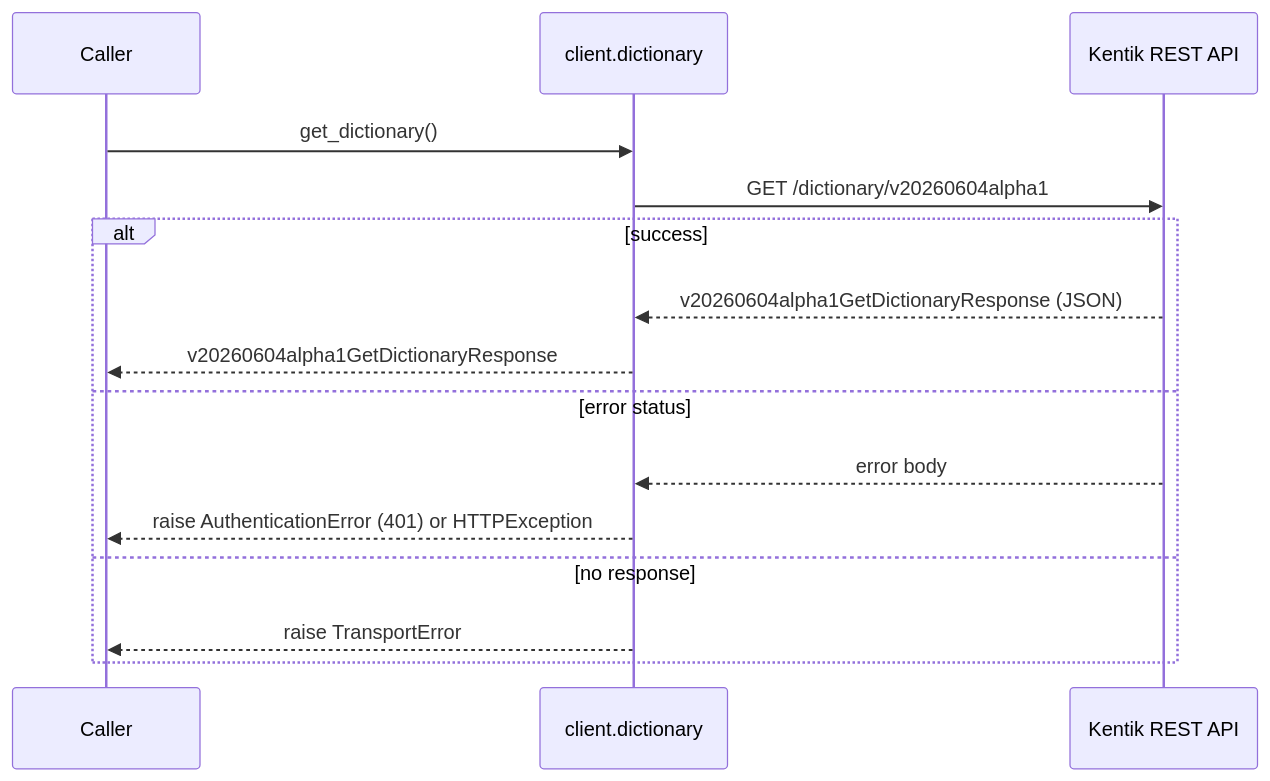
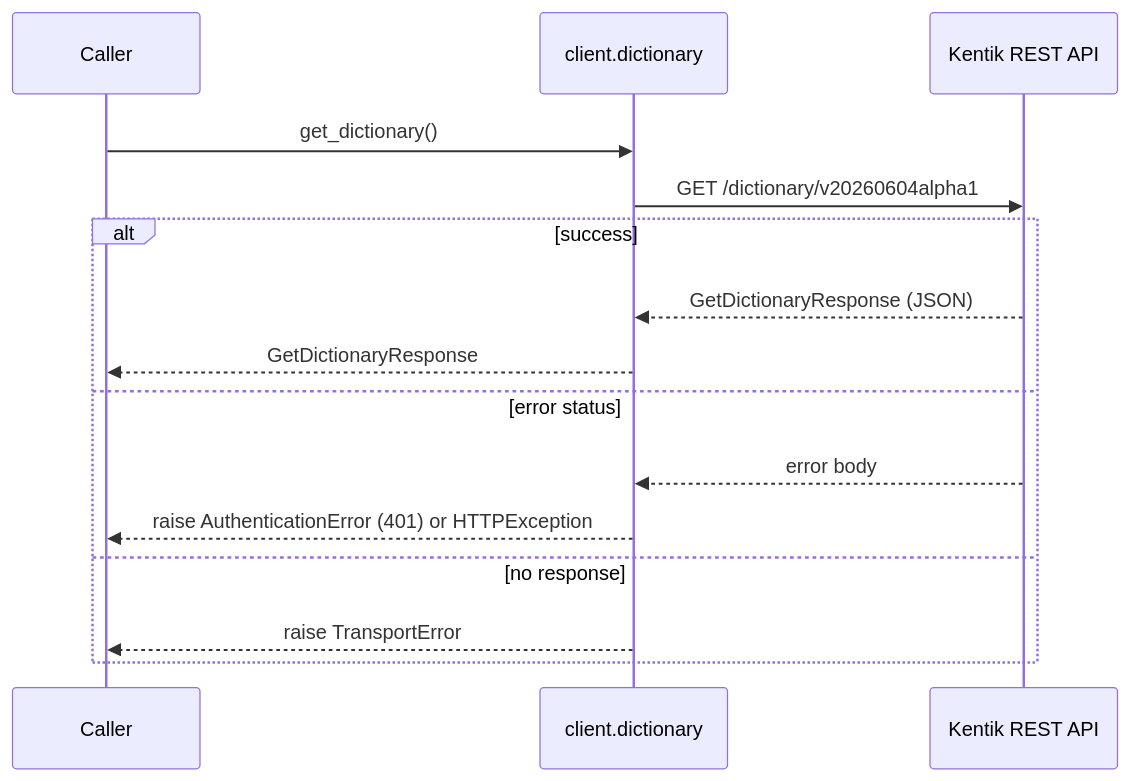
One commit to alexdearaujo/community_sdk_python changed the second of 4 diagrams in docs/sphinx/services/dictionary.md. Above: the diagram before and after it, drawn with Mermaid. The commit also changed other lines of this file and 38 other files, not shown here.

````diff
--- a/docs/sphinx/services/dictionary.md
+++ b/docs/sphinx/services/dictionary.md
@@ -38,18 +38,18 @@
 ```mermaid
 sequenceDiagram
     participant C as Caller
     participant W as client.dictionary
     participant API as Kentik REST API
 
     C->>W: get_dictionary()
     W->>API: GET /dictionary/v20260604alpha1
     alt success
-        API-->>W: v20260604alpha1GetDictionaryResponse (JSON)
-        W-->>C: v20260604alpha1GetDictionaryResponse
+        API-->>W: GetDictionaryResponse (JSON)
+        W-->>C: GetDictionaryResponse
     else error status
         API-->>W: error body
         W-->>C: raise AuthenticationError (401) or HTTPException
     else no response
         W-->>C: raise TransportError
     end
 ```
````
